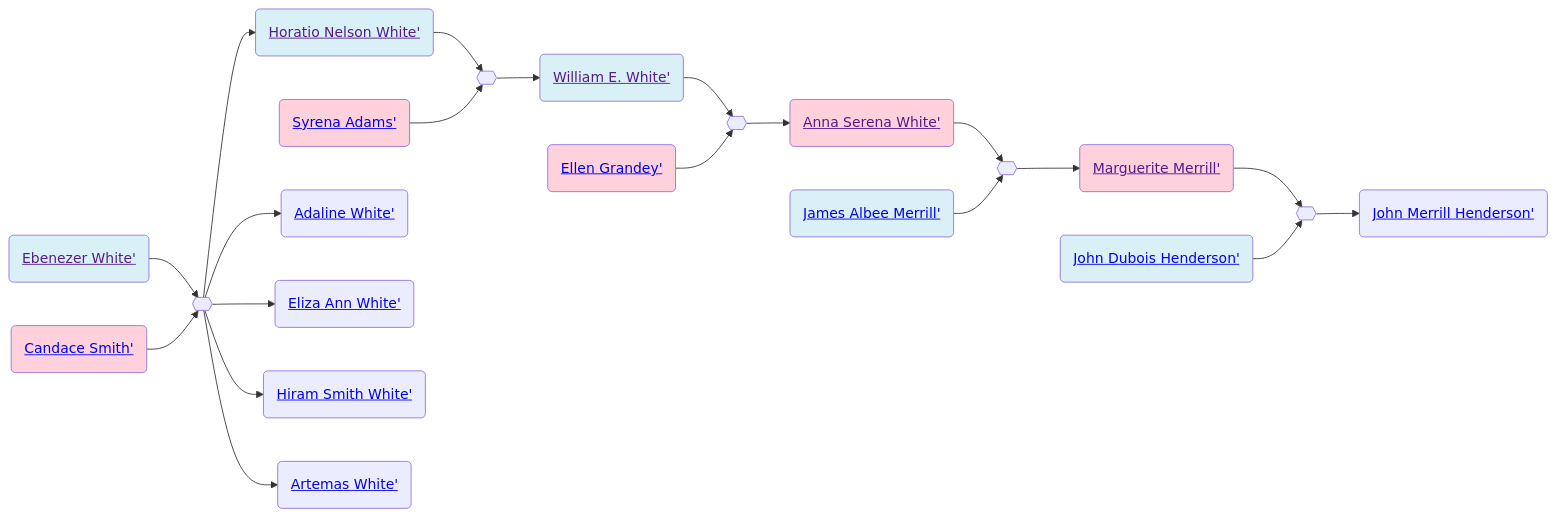
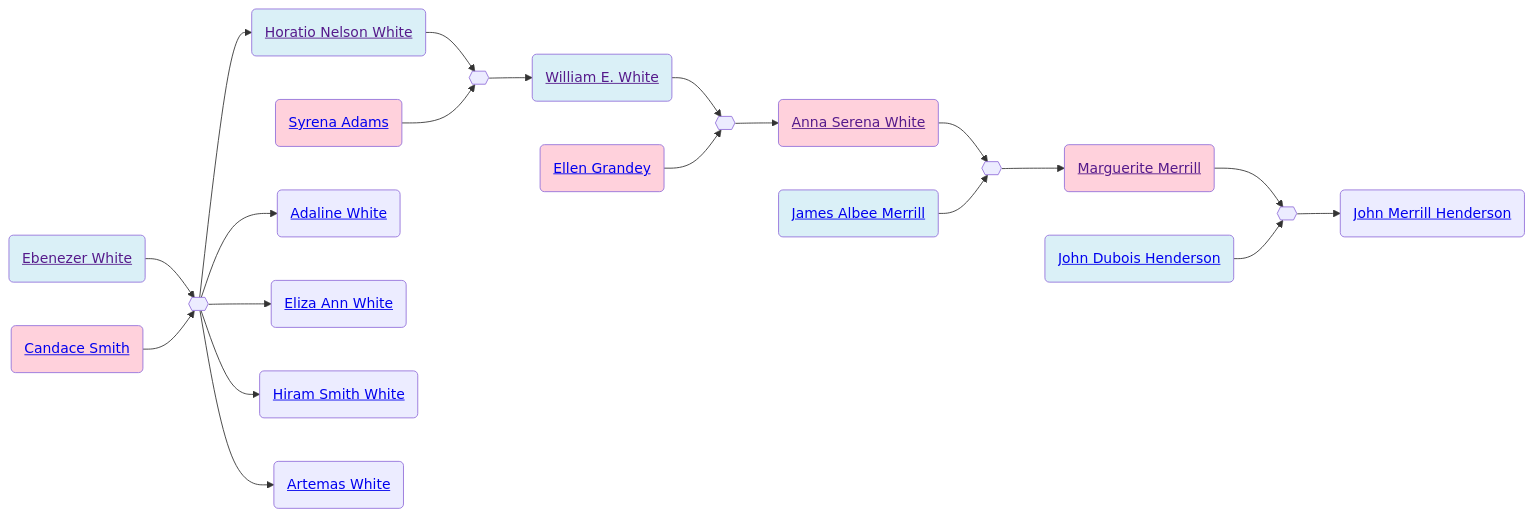
Before and after one commit to neelsmith/avocational: the second of 2 diagrams in familyhistory/sources/people/Merrill-line/White-line/Ebenezer_White.qmd, drawn with Mermaid. The commit also changed other lines of this file and 96 other files, not shown here.

````diff
--- a/familyhistory/sources/people/Merrill-line/White-line/Ebenezer_White.qmd
+++ b/familyhistory/sources/people/Merrill-line/White-line/Ebenezer_White.qmd
@@ -51,50 +51,50 @@
 ```{mermaid}
 graph LR
 %% LR descendant diagram
 class Ebenezer_White_and_Candace_Smith marriage
-Ebenezer_White(<a href=''>Ebenezer White'</>) --> Ebenezer_White_and_Candace_Smith{{ }}
-Candace_Smith(<a href='./Candace-Smith-line/Candace_Smith.html'>Candace Smith'</>) --> Ebenezer_White_and_Candace_Smith{{ }}
+Ebenezer_White(<a href=''>Ebenezer White</a>) --> Ebenezer_White_and_Candace_Smith{{ }}
+Candace_Smith(<a href='./Candace-Smith-line/Candace_Smith.html'>Candace Smith</a>) --> Ebenezer_White_and_Candace_Smith{{ }}
 class Ebenezer_White father
 class Candace_Smith mother
-Ebenezer_White_and_Candace_Smith{{ }} --> Horatio_Nelson_White(<a href='./Horatio_Nelson_White.html'>Horatio Nelson White'</>)
+Ebenezer_White_and_Candace_Smith{{ }} --> Horatio_Nelson_White(<a href='./Horatio_Nelson_White.html'>Horatio Nelson White</a>)
 class Horatio_Nelson_White_and_Syrena_Adams marriage
-Horatio_Nelson_White(<a href=''>Horatio Nelson White'</>) --> Horatio_Nelson_White_and_Syrena_Adams{{ }}
-Syrena_Adams(<a href='./Syrena_Adams.html'>Syrena Adams'</>) --> Horatio_Nelson_White_and_Syrena_Adams{{ }}
+Horatio_Nelson_White(<a href=''>Horatio Nelson White</a>) --> Horatio_Nelson_White_and_Syrena_Adams{{ }}
+Syrena_Adams(<a href='./Syrena_Adams.html'>Syrena Adams</a>) --> Horatio_Nelson_White_and_Syrena_Adams{{ }}
 class Horatio_Nelson_White father
 class Syrena_Adams mother
-Horatio_Nelson_White_and_Syrena_Adams{{ }} --> William_E._White(<a href='./William_E._White.html'>William E. White'</>)
+Horatio_Nelson_White_and_Syrena_Adams{{ }} --> William_E._White(<a href='./William_E._White.html'>William E. White</a>)
 class William_E._White_and_Ellen_Grandey marriage
-William_E._White(<a href=''>William E. White'</>) --> William_E._White_and_Ellen_Grandey{{ }}
-Ellen_Grandey(<a href='./../Grandey-line/Ellen_Grandey.html'>Ellen Grandey'</>) --> William_E._White_and_Ellen_Grandey{{ }}
+William_E._White(<a href=''>William E. White</a>) --> William_E._White_and_Ellen_Grandey{{ }}
+Ellen_Grandey(<a href='./../Grandey-line/Ellen_Grandey.html'>Ellen Grandey</a>) --> William_E._White_and_Ellen_Grandey{{ }}
 class William_E._White father
 class Ellen_Grandey mother
-William_E._White_and_Ellen_Grandey{{ }} --> Anna_Serena_White(<a href='./Anna_Serena_White.html'>Anna Serena White'</>)
+William_E._White_and_Ellen_Grandey{{ }} --> Anna_Serena_White(<a href='./Anna_Serena_White.html'>Anna Serena White</a>)
 class Anna_Serena_White_and_James_Albee_Merrill marriage
-Anna_Serena_White(<a href=''>Anna Serena White'</>) --> Anna_Serena_White_and_James_Albee_Merrill{{ }}
-James_Albee_Merrill(<a href='./../James_Albee_Merrill.html'>James Albee Merrill'</>) --> Anna_Serena_White_and_James_Albee_Merrill{{ }}
+Anna_Serena_White(<a href=''>Anna Serena White</a>) --> Anna_Serena_White_and_James_Albee_Merrill{{ }}
+James_Albee_Merrill(<a href='./../James_Albee_Merrill.html'>James Albee Merrill</a>) --> Anna_Serena_White_and_James_Albee_Merrill{{ }}
 class James_Albee_Merrill father
 class Anna_Serena_White mother
-Anna_Serena_White_and_James_Albee_Merrill{{ }} --> Marguerite_Merrill(<a href='./../Marguerite_Merrill.html'>Marguerite Merrill'</>)
+Anna_Serena_White_and_James_Albee_Merrill{{ }} --> Marguerite_Merrill(<a href='./../Marguerite_Merrill.html'>Marguerite Merrill</a>)
 class Marguerite_Merrill_and_John_Dubois_Henderson marriage
-Marguerite_Merrill(<a href=''>Marguerite Merrill'</>) --> Marguerite_Merrill_and_John_Dubois_Henderson{{ }}
-John_Dubois_Henderson(<a href='./../Henderson-line/John_Dubois_Henderson.html'>John Dubois Henderson'</>) --> Marguerite_Merrill_and_John_Dubois_Henderson{{ }}
+Marguerite_Merrill(<a href=''>Marguerite Merrill</a>) --> Marguerite_Merrill_and_John_Dubois_Henderson{{ }}
+John_Dubois_Henderson(<a href='./../Henderson-line/John_Dubois_Henderson.html'>John Dubois Henderson</a>) --> Marguerite_Merrill_and_John_Dubois_Henderson{{ }}
 class John_Dubois_Henderson father
 class Marguerite_Merrill mother
-Marguerite_Merrill_and_John_Dubois_Henderson{{ }} --> John_Merrill_Henderson(<a href='./../Henderson-line/John_Merrill_Henderson.html'>John Merrill Henderson'</>)
+Marguerite_Merrill_and_John_Dubois_Henderson{{ }} --> John_Merrill_Henderson(<a href='./../Henderson-line/John_Merrill_Henderson.html'>John Merrill Henderson</a>)
 class Ebenezer_White father
 class Candace_Smith mother
-Ebenezer_White_and_Candace_Smith{{ }} --> Adaline_White(<a href='./Adaline_White.html'>Adaline White'</>)
+Ebenezer_White_and_Candace_Smith{{ }} --> Adaline_White(<a href='./Adaline_White.html'>Adaline White</a>)
 class Ebenezer_White father
 class Candace_Smith mother
-Ebenezer_White_and_Candace_Smith{{ }} --> Eliza_Ann_White(<a href='./Eliza_Ann_White.html'>Eliza Ann White'</>)
+Ebenezer_White_and_Candace_Smith{{ }} --> Eliza_Ann_White(<a href='./Eliza_Ann_White.html'>Eliza Ann White</a>)
 class Ebenezer_White father
 class Candace_Smith mother
-Ebenezer_White_and_Candace_Smith{{ }} --> Hiram_Smith_White(<a href='./Hiram_Smith_White.html'>Hiram Smith White'</>)
+Ebenezer_White_and_Candace_Smith{{ }} --> Hiram_Smith_White(<a href='./Hiram_Smith_White.html'>Hiram Smith White</a>)
 class Ebenezer_White father
 class Candace_Smith mother
-Ebenezer_White_and_Candace_Smith{{ }} --> Artemas_White(<a href='./Artemas_White.html'>Artemas White'</>)
+Ebenezer_White_and_Candace_Smith{{ }} --> Artemas_White(<a href='./Artemas_White.html'>Artemas White</a>)
 classDef mother fill:#ffd1dc
 classDef father fill:#daf0f7  
 classDef marriage fill:#ffffff
 
 ```
````
